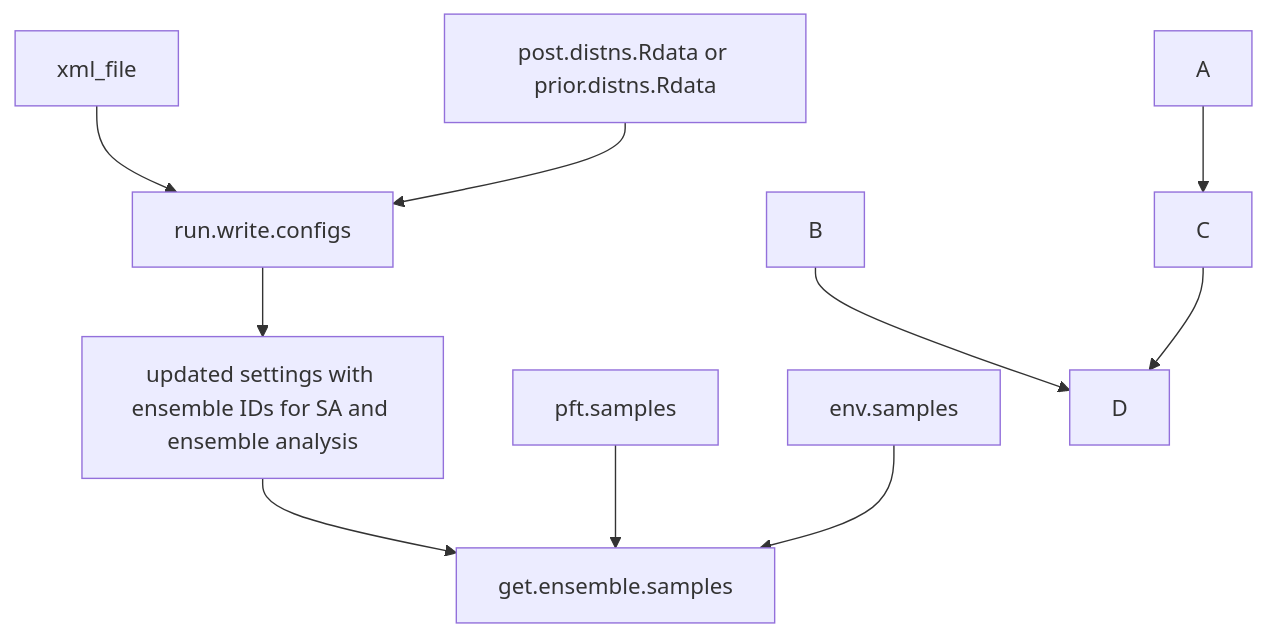
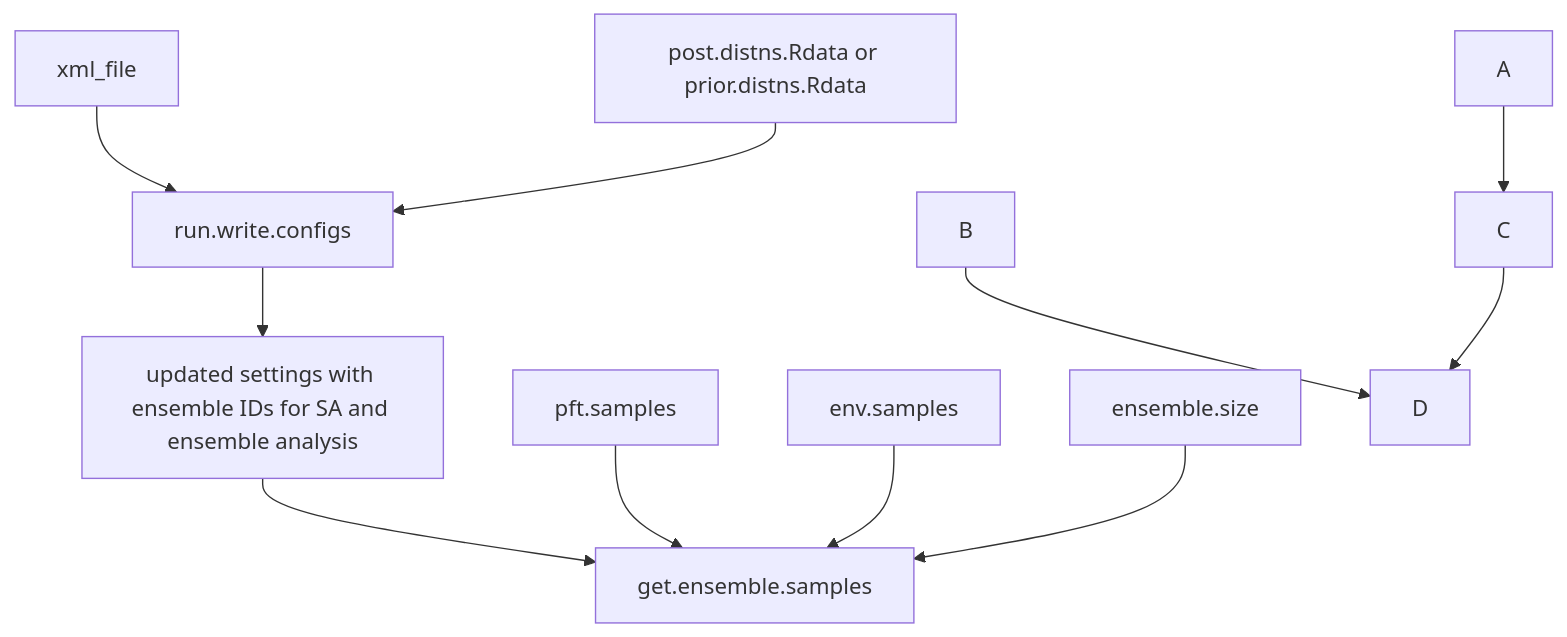
Before and after one commit to ecamo19/gsoc_project_2022_vm: the diagram in README.md, drawn with Mermaid.

````diff
--- a/README.md
+++ b/README.md
@@ -49,12 +49,13 @@
 ```mermaid
   graph TD;
       settings[xml_file]-->run.write.configs ;
       posterior.files[post.distns.Rdata or prior.distns.Rdata]-->run.write.configs;
       run.write.configs-->output_1[updated settings with ensemble IDs for SA and ensemble analysis ];
       output_1[updated settings with ensemble IDs for SA and ensemble analysis]-->get.ensemble.samples;
       input_get_ensemble_1[pft.samples]-->get.ensemble.samples;
       input_get_ensemble_2[env.samples]-->get.ensemble.samples;
+      input_get_ensemble_3[ensemble.size]-->get.ensemble.samples;
       A-->C;
       B-->D;
       C-->D;
 ```
````
